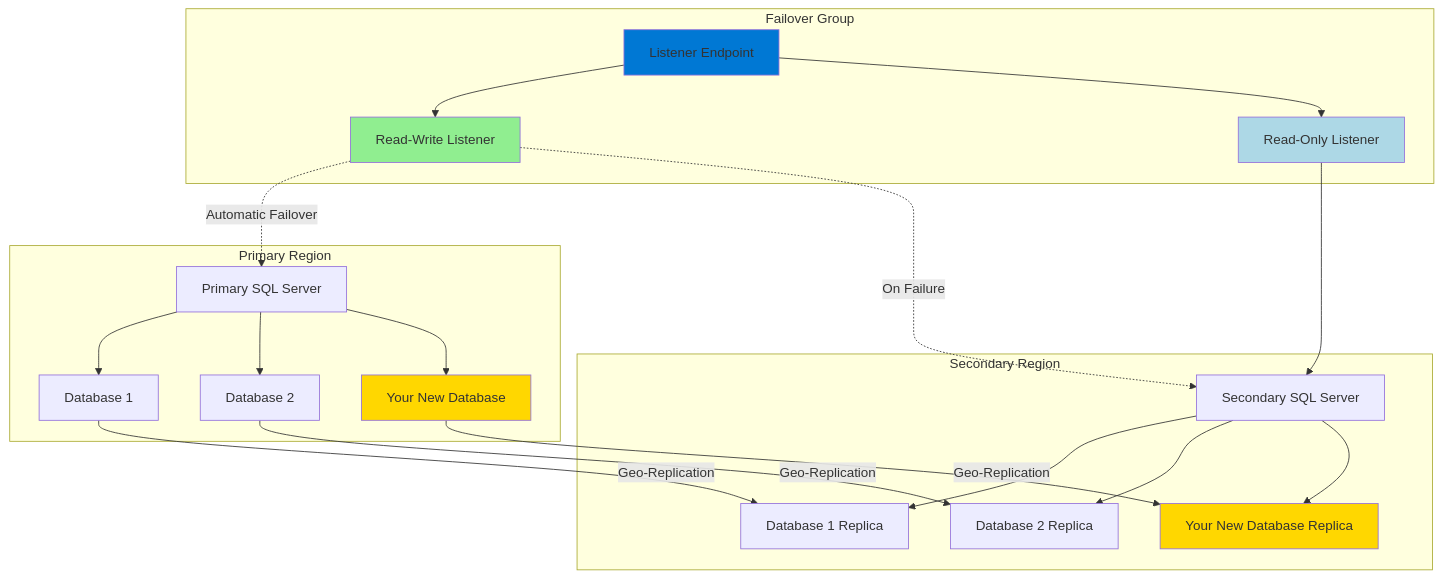
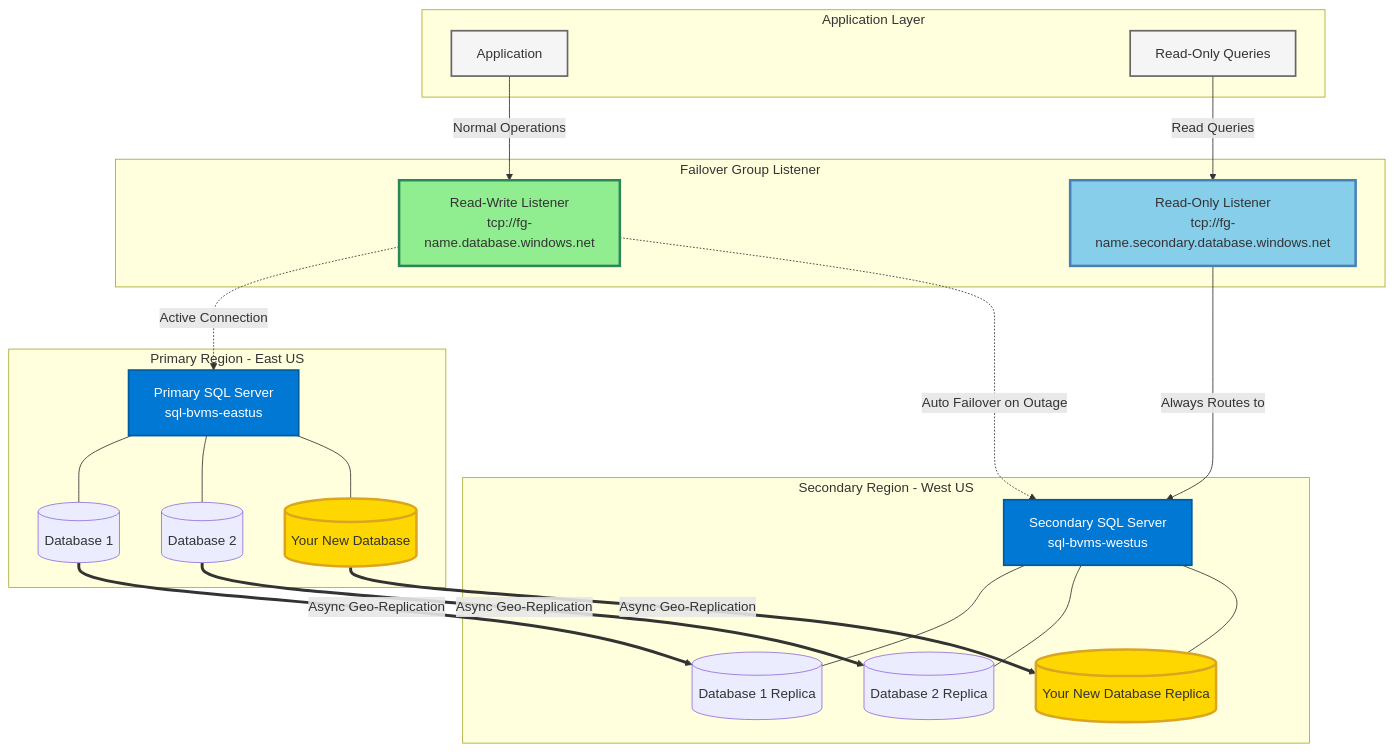
The seventh of 8 diagrams in transcribe/Deployment-Azure-Prod.md (NguyenPhamCode4You/ai-home-lab-docker-compose), drawn with Mermaid before and after one commit. The commit also changed other lines of this file, not shown here.

````diff
--- a/transcribe/Deployment-Azure-Prod.md
+++ b/transcribe/Deployment-Azure-Prod.md
@@ -1028,47 +1023,58 @@
 ```mermaid
 graph TB
-    subgraph "Primary Region"
-        A[Primary SQL Server]
-        B[Database 1]
-        C[Database 2]
-        D[Your New Database]
-
-        A --> B
-        A --> C
-        A --> D
+    subgraph APP["Application Layer"]
+        APP1[Application]
+        APP2[Read-Only Queries]
     end
 
-    subgraph "Failover Group"
-        E[Listener Endpoint]
-        F[Read-Write Listener]
-        G[Read-Only Listener]
-
-        E --> F
-        E --> G
+    subgraph FG["Failover Group Listener"]
+        RW[Read-Write Listener<br/>tcp://fg-name.database.windows.net]
+        RO[Read-Only Listener<br/>tcp://fg-name.secondary.database.windows.net]
     end
 
-    subgraph "Secondary Region"
-        H[Secondary SQL Server]
-        I[Database 1 Replica]
-        J[Database 2 Replica]
-        K[Your New Database Replica]
+    subgraph PRIMARY["Primary Region - East US"]
+        PS[Primary SQL Server<br/>sql-bvms-eastus]
+        PDB1[(Database 1)]
+        PDB2[(Database 2)]
+        PDB3[(Your New Database)]
 
-        H --> I
-        H --> J
-        H --> K
+        PS --- PDB1
+        PS --- PDB2
+        PS --- PDB3
     end
 
-    F -.->|Automatic Failover| A
-    F -.->|On Failure| H
-    G --> H
+    subgraph SECONDARY["Secondary Region - West US"]
+        SS[Secondary SQL Server<br/>sql-bvms-westus]
+        SDB1[(Database 1 Replica)]
+        SDB2[(Database 2 Replica)]
+        SDB3[(Your New Database Replica)]
 
-    B -->|Geo-Replication| I
-    C -->|Geo-Replication| J
-    D -->|Geo-Replication| K
+        SS --- SDB1
+        SS --- SDB2
+        SS --- SDB3
+    end
 
-    style E fill:#0078D4
-    style F fill:#90EE90
-    style G fill:#ADD8E6
-    style D fill:#FFD700
-    style K fill:#FFD700
+    %% Application connections
+    APP1 -->|Normal Operations| RW
+    APP2 -->|Read Queries| RO
+
+    %% Listener routing
+    RW -.->|Active Connection| PS
+    RW -.->|Auto Failover on Outage| SS
+    RO -->|Always Routes to| SS
+
+    %% Geo-Replication
+    PDB1 ==>|Async Geo-Replication| SDB1
+    PDB2 ==>|Async Geo-Replication| SDB2
+    PDB3 ==>|Async Geo-Replication| SDB3
+
+    %% Styling
+    style RW fill:#90EE90,stroke:#2d8659,stroke-width:3px
+    style RO fill:#87CEEB,stroke:#4682b4,stroke-width:3px
+    style PS fill:#0078D4,stroke:#005a9e,stroke-width:2px,color:#fff
+    style SS fill:#0078D4,stroke:#005a9e,stroke-width:2px,color:#fff
+    style PDB3 fill:#FFD700,stroke:#DAA520,stroke-width:3px
+    style SDB3 fill:#FFD700,stroke:#DAA520,stroke-width:3px
+    style APP1 fill:#f5f5f5,stroke:#666,stroke-width:2px
+    style APP2 fill:#f5f5f5,stroke:#666,stroke-width:2px
 ```
````
